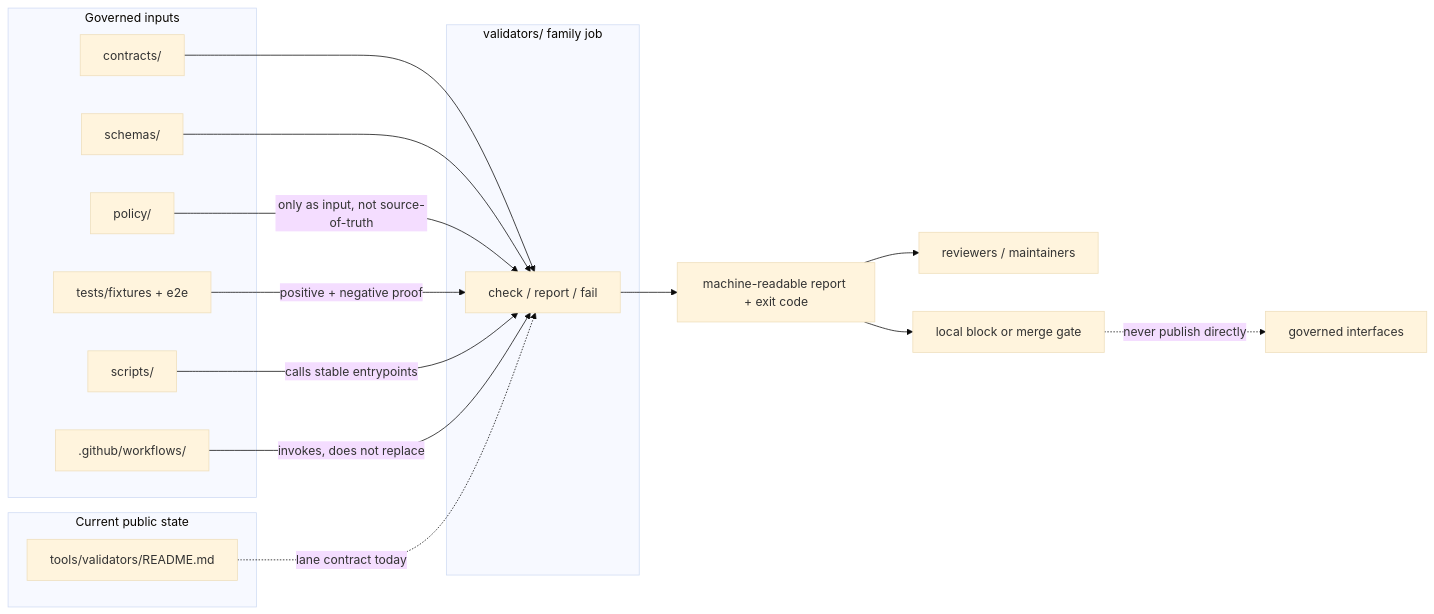
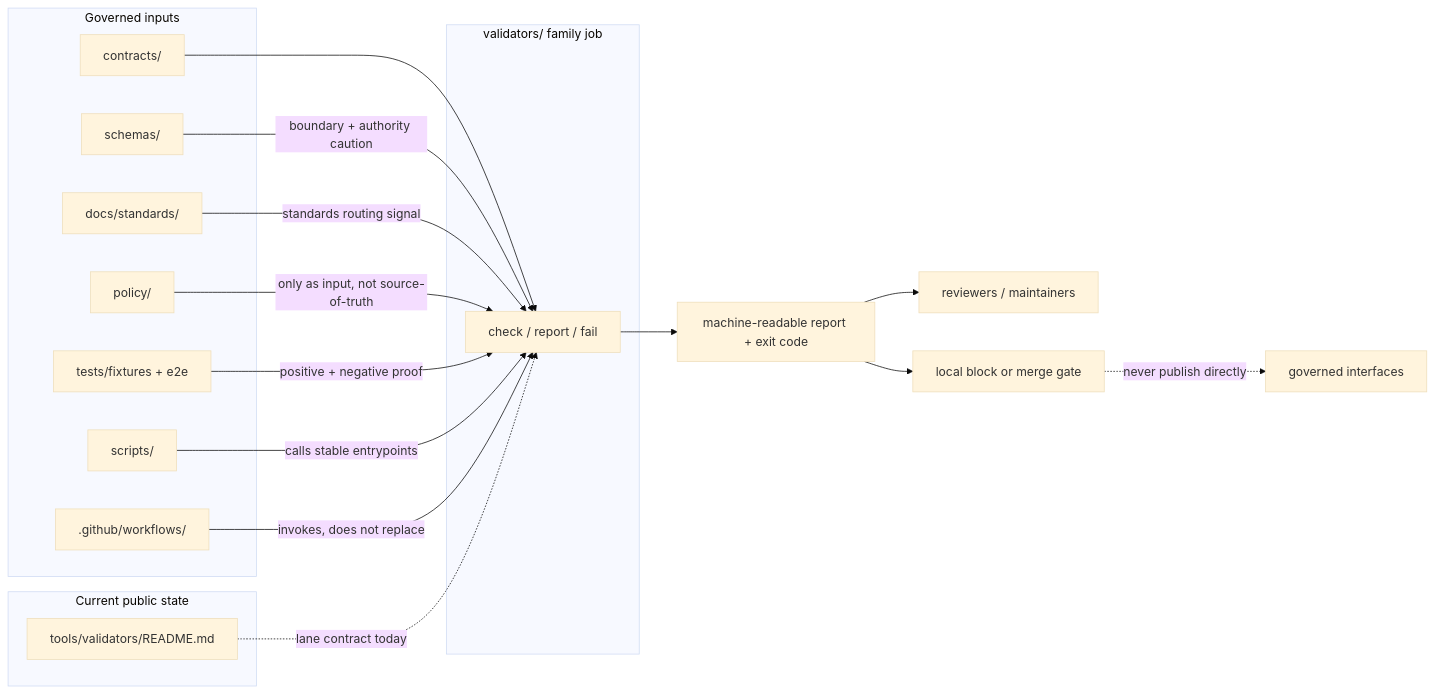
One commit to bartytime4life/Kansas-Frontier-Matrix changed the diagram in tools/validators/README.md. Above: the diagram before and after it, drawn with Mermaid (base theme). The commit also changed other lines of this file, not shown here.

````diff
--- a/tools/validators/README.md
+++ b/tools/validators/README.md
@@ -317,33 +321,35 @@
 ```mermaid
 flowchart LR
     subgraph Current["Current public state"]
         T["tools/validators/README.md"]
     end
 
     subgraph Inputs["Governed inputs"]
         C["contracts/"]
         S["schemas/"]
+        DS["docs/standards/"]
         P["policy/"]
         TF["tests/fixtures + e2e"]
         SC["scripts/"]
         WF[".github/workflows/"]
     end
 
     subgraph Target["validators/ family job"]
         V["check / report / fail"]
     end
 
     C --> V
-    S --> V
+    S -->|"boundary + authority caution"| V
+    DS -->|"standards routing signal"| V
     P -->|"only as input, not source-of-truth"| V
     TF -->|"positive + negative proof"| V
     SC -->|"calls stable entrypoints"| V
     WF -->|"invokes, does not replace"| V
 
     V --> R["machine-readable report + exit code"]
     R --> RV["reviewers / maintainers"]
     R --> G["local block or merge gate"]
 
     T -. "lane contract today" .-> V
     G -. "never publish directly" .-> API["governed interfaces"]
 ```
````
